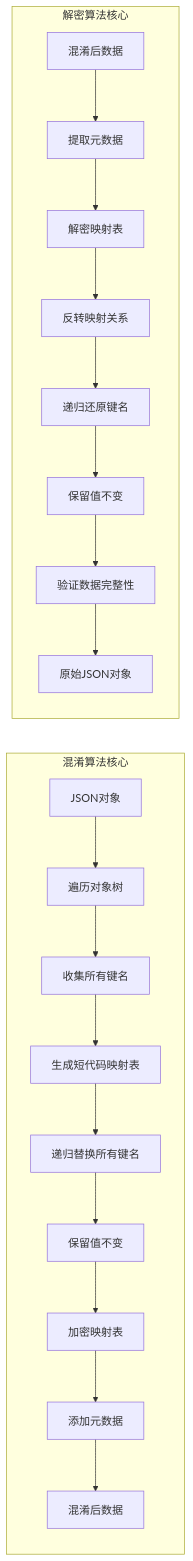
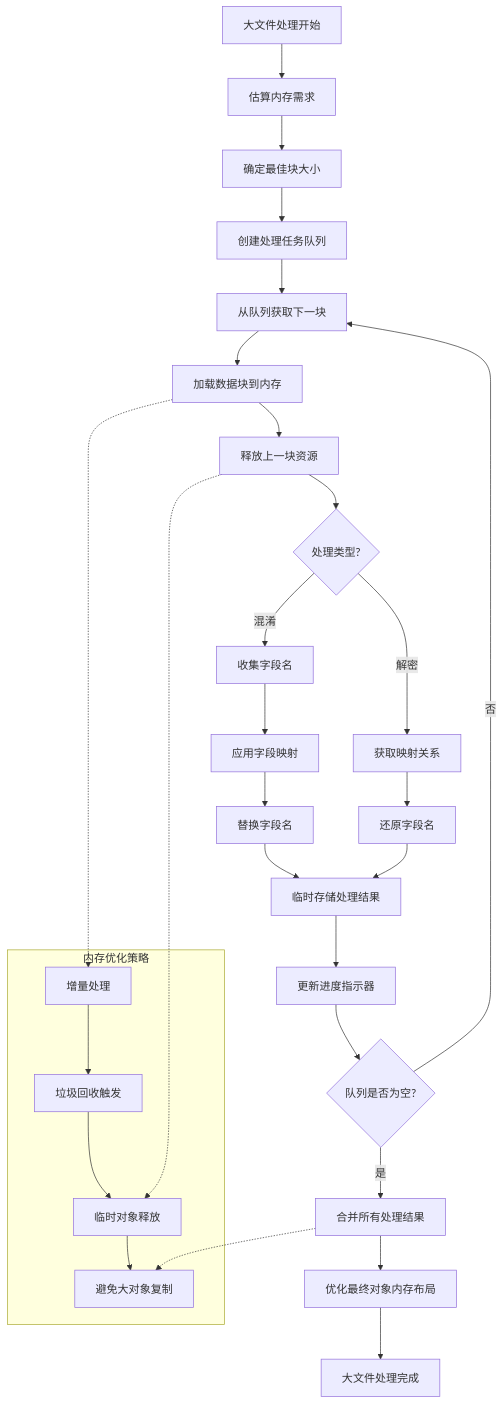
One commit to yingjianzh/iodraw-files changed the diagram in all/未命名-43.md. Above: the diagram before and after it, drawn with Mermaid.

Commit message:
2025-04-25 15:30:20 update

````diff
--- a/all/未命名-43.md
+++ b/all/未命名-43.md
@@ -1,23 +1,40 @@
 ```mermaid
-flowchart LR
-    subgraph 混淆算法核心
-        A1[JSON对象] --> B1[遍历对象树]
-        B1 --> C1[收集所有键名]
-        C1 --> D1[生成短代码映射表]
-        D1 --> E1[递归替换所有键名]
-        E1 --> F1[保留值不变]
-        F1 --> G1[加密映射表]
-        G1 --> H1[添加元数据]
-        H1 --> I1[混淆后数据]
+flowchart TD
+    A[大文件处理开始] --> B[估算内存需求]
+    B --> C[确定最佳块大小]
+    C --> D[创建处理任务队列]
+    
+    D --> E[从队列获取下一块]
+    E --> F[加载数据块到内存]
+    F --> G[释放上一块资源]
+    
+    G --> H{处理类型?}
+    
+    H -->|混淆| I1[收集字段名]
+    I1 --> I2[应用字段映射]
+    I2 --> I3[替换字段名]
+    
+    H -->|解密| J1[获取映射关系]
+    J1 --> J2[还原字段名]
+    
+    I3 --> K[临时存储处理结果]
+    J2 --> K
+    
+    K --> L[更新进度指示器]
+    L --> M{队列是否为空?}
+    M -->|否| E
+    
+    M -->|是| N[合并所有处理结果]
+    N --> O[优化最终对象内存布局]
+    O --> P[大文件处理完成]
+    
+    subgraph 内存优化策略
+        Q1[增量处理] --> Q2[垃圾回收触发]
+        Q2 --> Q3[临时对象释放]
+        Q3 --> Q4[避免大对象复制]
     end
     
-    subgraph 解密算法核心
-        A2[混淆后数据] --> B2[提取元数据]
-        B2 --> C2[解密映射表]
-        C2 --> D2[反转映射关系]
-        D2 --> E2[递归还原键名]
-        E2 --> F2[保留值不变]
-        F2 --> G2[验证数据完整性]
-        G2 --> H2[原始JSON对象]
-    end
+    F -.-> Q1
+    G -.-> Q3
+    N -.-> Q4
 ```
````
